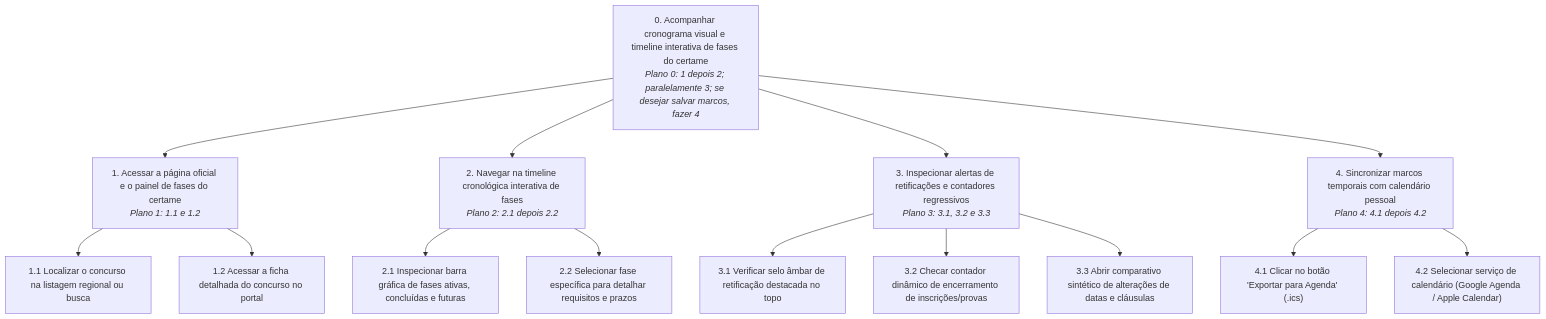
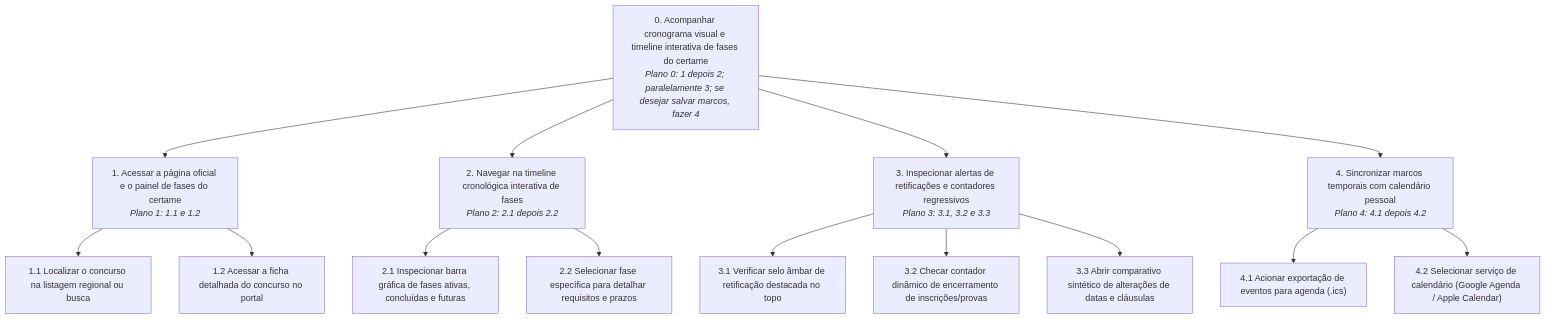
The fourth of 8 diagrams in docs/analise-de-requisitos/analise-de-tarefas/hta.md (Interacao-Humano-Computador/2026.2-Grupo07), drawn with Mermaid before and after one commit. The commit also changed other lines of this file and 14 other files, not shown here.

````diff
--- a/docs/analise-de-requisitos/analise-de-tarefas/hta.md
+++ b/docs/analise-de-requisitos/analise-de-tarefas/hta.md
@@ -337,39 +337,39 @@
 ```mermaid
 flowchart TD
     T0["0. Acompanhar cronograma visual e timeline interativa de fases do certame<br><i>Plano 0: 1 depois 2; paralelamente 3; se desejar salvar marcos, fazer 4</i>"]
     
     T1["1. Acessar a página oficial e o painel de fases do certame<br><i>Plano 1: 1.1 e 1.2</i>"]
     T11["1.1 Localizar o concurso na listagem regional ou busca"]
     T12["1.2 Acessar a ficha detalhada do concurso no portal"]
     
     T2["2. Navegar na timeline cronológica interativa de fases<br><i>Plano 2: 2.1 depois 2.2</i>"]
     T21["2.1 Inspecionar barra gráfica de fases ativas, concluídas e futuras"]
     T22["2.2 Selecionar fase específica para detalhar requisitos e prazos"]
     
     T3["3. Inspecionar alertas de retificações e contadores regressivos<br><i>Plano 3: 3.1, 3.2 e 3.3</i>"]
     T31["3.1 Verificar selo âmbar de retificação destacada no topo"]
     T32["3.2 Checar contador dinâmico de encerramento de inscrições/provas"]
     T33["3.3 Abrir comparativo sintético de alterações de datas e cláusulas"]
     
     T4["4. Sincronizar marcos temporais com calendário pessoal<br><i>Plano 4: 4.1 depois 4.2</i>"]
-    T41["4.1 Clicar no botão 'Exportar para Agenda' (.ics)"]
+    T41["4.1 Acionar exportação de eventos para agenda (.ics)"]
     T42["4.2 Selecionar serviço de calendário (Google Agenda / Apple Calendar)"]
 
     T0 --> T1
     T0 --> T2
     T0 --> T3
     T0 --> T4
     
     T1 --> T11
     T1 --> T12
     
     T2 --> T21
     T2 --> T22
     
     T3 --> T31
     T3 --> T32
     T3 --> T33
     
     T4 --> T41
     T4 --> T42
 ```
````
